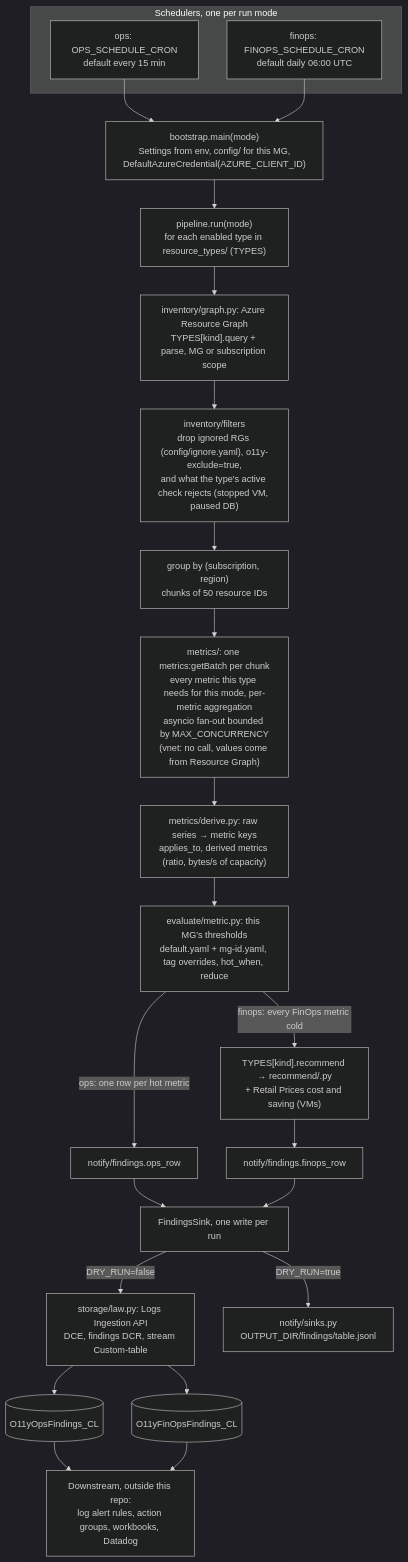
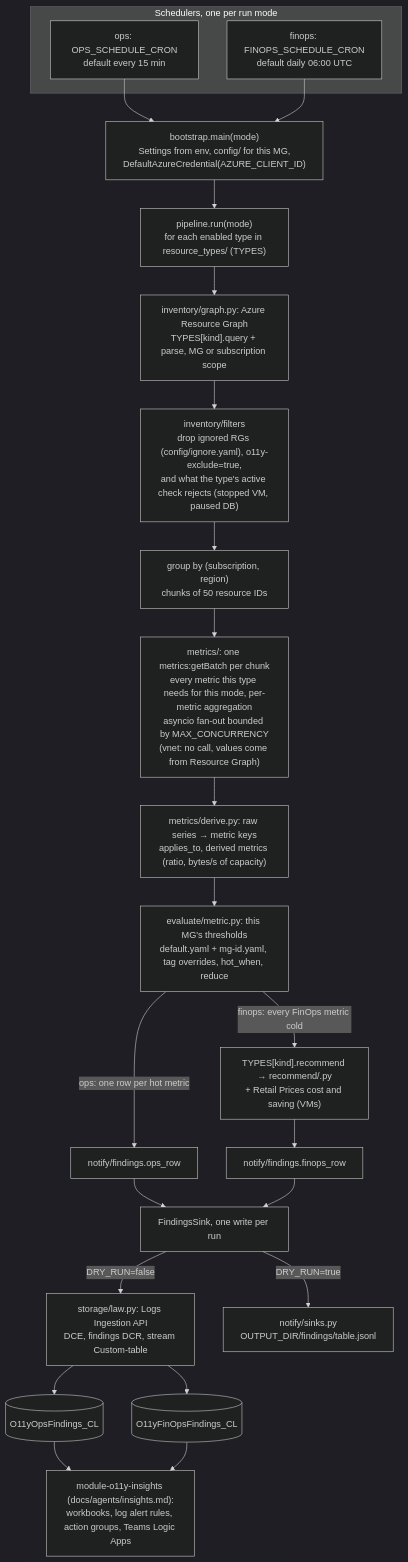
Before and after one commit to vindimy/claude-azure-o11y: the first of 4 diagrams in docs/agents/architecture.md, drawn with Mermaid (dark theme). The commit also changed other lines of this file and 11 other files, not shown here.

````diff
--- a/docs/agents/architecture.md
+++ b/docs/agents/architecture.md
@@ -21,24 +21,24 @@
 ```mermaid
 flowchart TB
   subgraph sched["Schedulers, one per run mode"]
     ops["ops: OPS_SCHEDULE_CRON<br/>default every 15 min"]
     finops["finops: FINOPS_SCHEDULE_CRON<br/>default daily 06:00 UTC"]
   end
   ops & finops --> boot["bootstrap.main(mode)<br/>Settings from env, config/ for this MG,<br/>DefaultAzureCredential(AZURE_CLIENT_ID)"]
   boot --> run["pipeline.run(mode)<br/>for each enabled type in resource_types/ (TYPES)"]
   run --> inv["inventory/graph.py: Azure Resource Graph<br/>TYPES[kind].query + parse, MG or subscription scope"]
   inv --> filt["inventory/filters<br/>drop ignored RGs (config/ignore.yaml), o11y-exclude=true,<br/>and what the type's active check rejects (stopped VM, paused DB)"]
   filt --> grp["group by (subscription, region)<br/>chunks of 50 resource IDs"]
   grp --> met["metrics/: one metrics:getBatch per chunk<br/>every metric this type needs for this mode, per-metric aggregation<br/>asyncio fan-out bounded by MAX_CONCURRENCY<br/>(vnet: no call, values come from Resource Graph)"]
   met --> der["metrics/derive.py: raw series → metric keys<br/>applies_to, derived metrics (ratio, bytes/s of capacity)"]
   der --> eval["evaluate/metric.py: this MG's thresholds<br/>default.yaml + mg-id.yaml, tag overrides, hot_when, reduce"]
   eval -->|ops: one row per hot metric| opsrow["notify/findings.ops_row"]
   eval -->|finops: every FinOps metric cold| rec["TYPES[kind].recommend → recommend/<type>.py<br/>+ Retail Prices cost and saving (VMs)"]
   rec --> finrow["notify/findings.finops_row"]
   opsrow & finrow --> sink["FindingsSink, one write per run"]
   sink -->|DRY_RUN=false| law["storage/law.py: Logs Ingestion API<br/>DCE, findings DCR, stream Custom-table"]
   sink -->|DRY_RUN=true| files["notify/sinks.py<br/>OUTPUT_DIR/findings/table.jsonl"]
   law --> t1[("O11yOpsFindings_CL")]
   law --> t2[("O11yFinOpsFindings_CL")]
-  t1 & t2 --> down["Downstream, outside this repo:<br/>log alert rules, action groups, workbooks, Datadog"]
+  t1 & t2 --> down["module-o11y-insights (docs/agents/insights.md):<br/>workbooks, log alert rules, action groups, Teams Logic Apps"]
 ```
````
